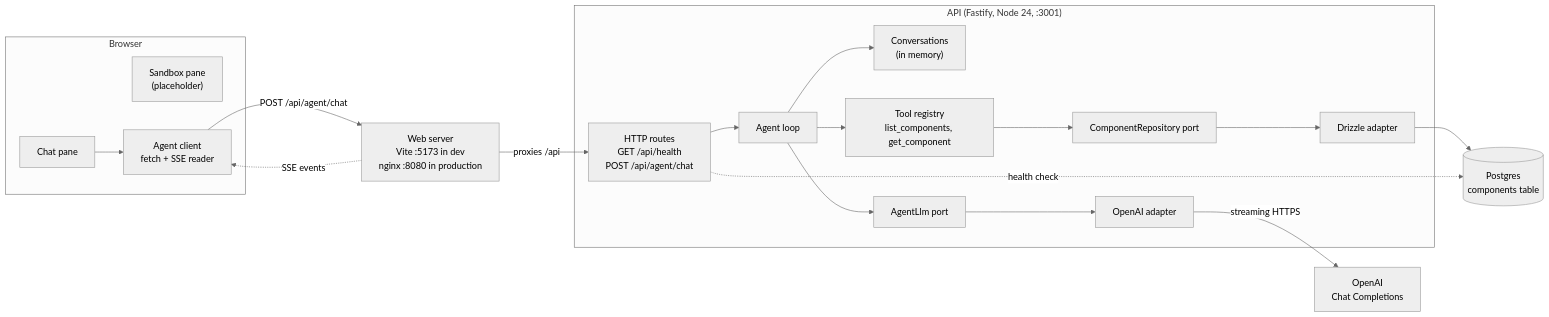
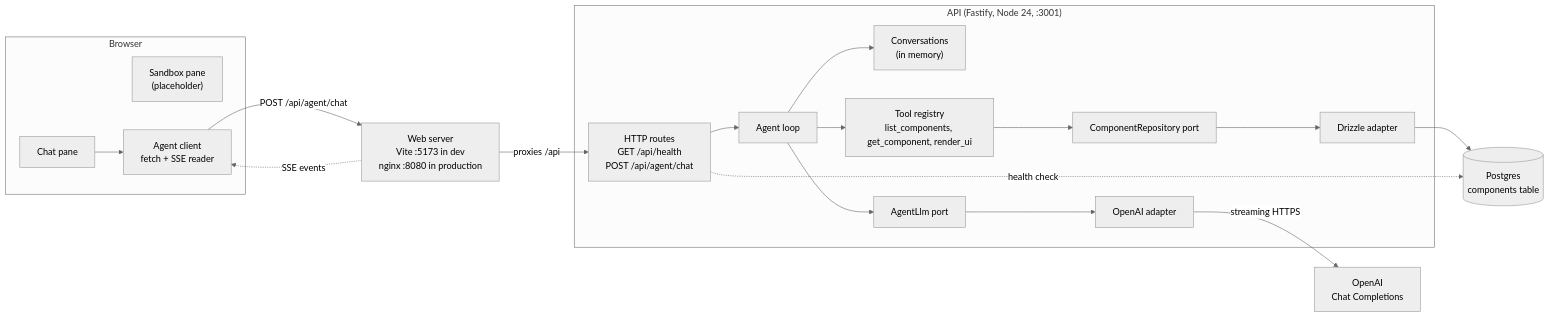
The first of 3 diagrams in docs/ARCHITECTURE.md (daniel-citrus/genui-prototype), drawn with Mermaid (neutral theme) before and after one commit. The commit also changed other lines of this file and 17 other files, not shown here.

````diff
--- a/docs/ARCHITECTURE.md
+++ b/docs/ARCHITECTURE.md
@@ -22,39 +22,39 @@
 ```mermaid
 flowchart LR
   subgraph Browser
     Chat["Chat pane"]
     Sandbox["Sandbox pane<br/>(placeholder)"]
     Client["Agent client<br/>fetch + SSE reader"]
     Chat --> Client
   end
 
   Edge["Web server<br/>Vite :5173 in dev<br/>nginx :8080 in production"]
 
   subgraph API ["API (Fastify, Node 24, :3001)"]
     Routes["HTTP routes<br/>GET /api/health<br/>POST /api/agent/chat"]
     Loop["Agent loop"]
     Convos["Conversations<br/>(in memory)"]
-    Tools["Tool registry<br/>list_components, get_component"]
+    Tools["Tool registry<br/>list_components, get_component, render_ui"]
     LlmPort["AgentLlm port"]
     RepoPort["ComponentRepository port"]
     OpenAIAdapter["OpenAI adapter"]
     DbAdapter["Drizzle adapter"]
     Routes --> Loop
     Loop --> Convos
     Loop --> Tools
     Loop --> LlmPort
     Tools --> RepoPort
     LlmPort --> OpenAIAdapter
     RepoPort --> DbAdapter
   end
 
   OpenAI["OpenAI<br/>Chat Completions"]
   DB[("Postgres<br/>components table")]
 
   Client -- "POST /api/agent/chat" --> Edge
   Edge -- "proxies /api" --> Routes
   Edge -. "SSE events" .-> Client
   OpenAIAdapter -- "streaming HTTPS" --> OpenAI
   DbAdapter --> DB
   Routes -. "health check" .-> DB
 ```
````
